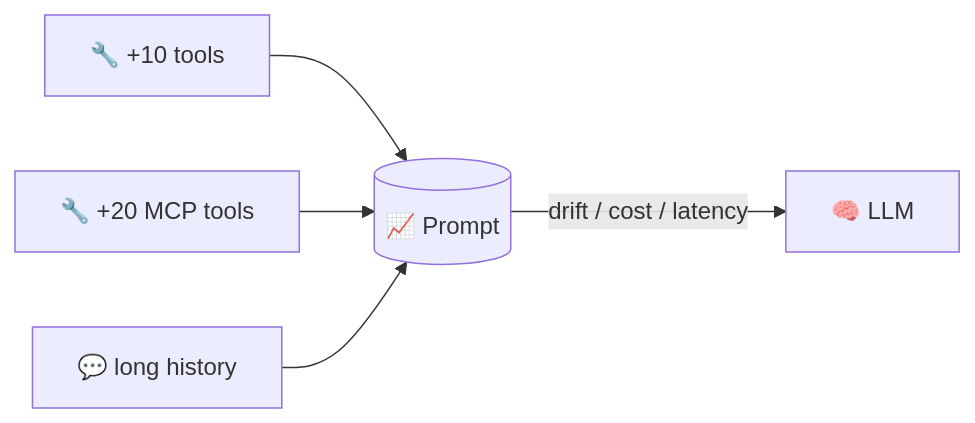
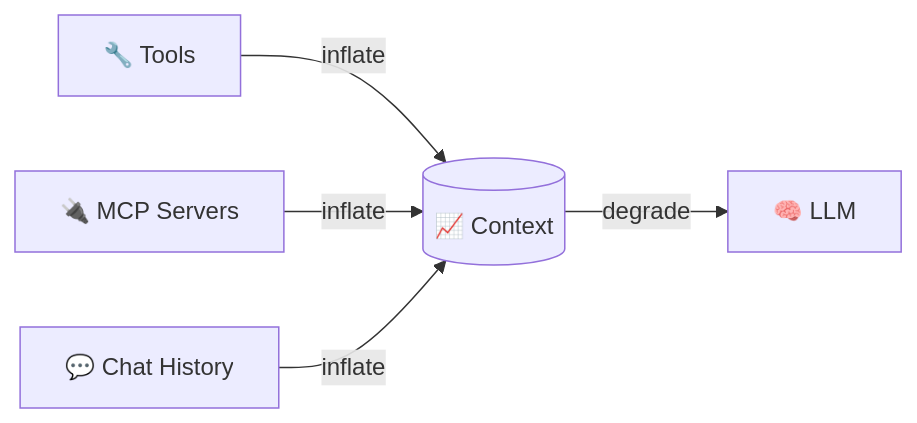
Before and after one commit to agenticloops-ai/agentic-ai-engineering: the eighth of 8 diagrams in 01-foundations/workshop.md, drawn with Mermaid. The commit also changed other lines of this file, not shown here.

Commit message:
docs: standardize diagram naming (nouns for shapes, verbs for arrows)

````diff
--- a/01-foundations/workshop.md
+++ b/01-foundations/workshop.md
@@ -355,7 +355,7 @@
 ```mermaid
 flowchart LR
-    T1[🔧 +10 tools] --> P[(📈 Prompt)]
-    T2[🔧 +20 MCP tools] --> P
-    T3[💬 long history] --> P
-    P -->|drift / cost / latency| L[🧠 LLM]
+    T1[🔧 Tools] -->|inflate| P[(📈 Context)]
+    T2[🔌 MCP Servers] -->|inflate| P
+    T3[💬 Chat History] -->|inflate| P
+    P -->|degrade| L[🧠 LLM]
 ```
````
